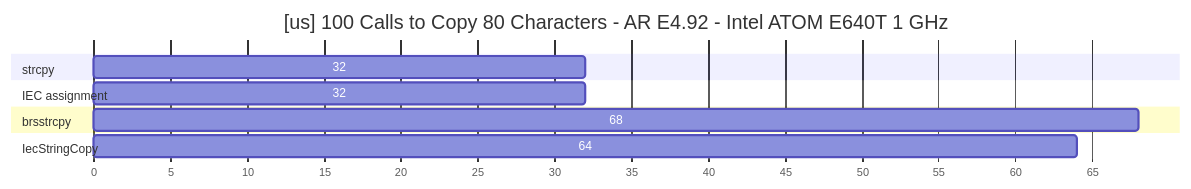
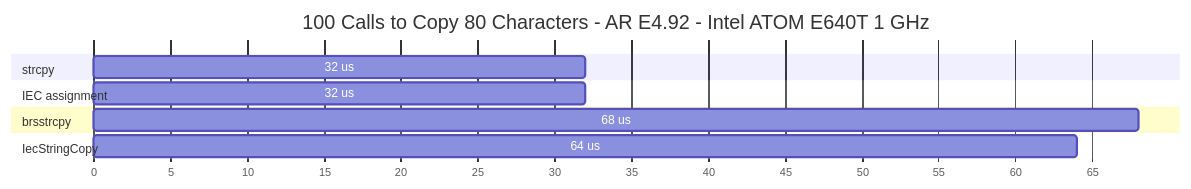
One commit to tmatijevich/IecStringProject changed the first of 4 diagrams in README.md. Above: the diagram before and after it, drawn with Mermaid. The commit also changed other lines of this file and 8 other files, not shown here.

````diff
--- a/README.md
+++ b/README.md
@@ -7,14 +7,14 @@
 ```mermaid
 gantt
-    title [us] 100 Calls to Copy 80 Characters - AR E4.92 - Intel ATOM E640T 1 GHz
+    title 100 Calls to Copy 80 Characters - AR E4.92 - Intel ATOM E640T 1 GHz
     dateFormat X
     axisFormat %s
     section strcpy
-    32 : 0, 32
+    32 us : 0, 32
     section IEC assignment
-    32 : 0, 32
+    32 us : 0, 32
     section brsstrcpy
-    68 : 0, 68
+    68 us : 0, 68
     section IecStringCopy
-    64 : 0, 64
+    64 us : 0, 64
 ```
````
